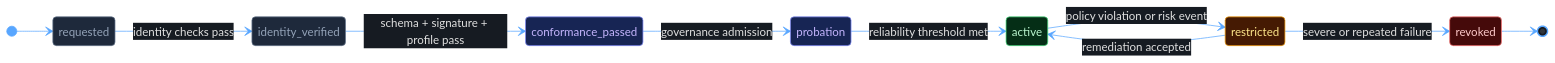
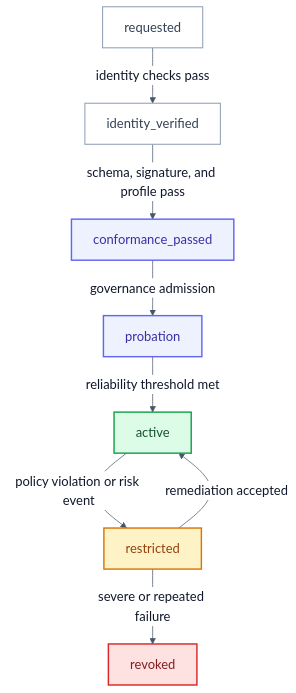
One commit to csehammad/covenant-layer changed the diagram in docs/img/onboarding-states.mmd. Above: the diagram before and after it, drawn with Mermaid. The commit also changed 9 other files, not shown here.

Commit message:
updated diagrams

```diff
--- a/docs/img/onboarding-states.mmd
+++ b/docs/img/onboarding-states.mmd
@@ -1,27 +1,18 @@
-%%{init: {'theme': 'base', 'themeVariables': { 'primaryColor': '#1a1a2e', 'primaryTextColor': '#e0e0e0', 'lineColor': '#58a6ff', 'background': '#0d1117', 'mainBkg': '#161b22', 'nodeBorder': '#30363d', 'edgeLabelBackground': '#161b22'}}}%%
+%%{init: {'theme': 'base', 'themeVariables': { 'background': '#ffffff', 'mainBkg': '#ffffff', 'primaryColor': '#eff6ff', 'primaryTextColor': '#0f172a', 'primaryBorderColor': '#2563eb', 'lineColor': '#475569', 'secondaryColor': '#f8fafc', 'tertiaryColor': '#eef2ff', 'clusterBkg': '#f8fafc', 'titleColor': '#0f172a', 'edgeLabelBackground': '#ffffff', 'fontSize': '18px', 'fontFamily': 'Inter, Arial, sans-serif' }}}%%
 
-stateDiagram-v2
-    direction LR
-    [*] --> requested
-    requested --> identity_verified: identity checks pass
-    identity_verified --> conformance_passed: schema + signature + profile pass
-    conformance_passed --> probation: governance admission
-    probation --> active: reliability threshold met
-    active --> restricted: policy violation or risk event
-    restricted --> active: remediation accepted
-    restricted --> revoked: severe or repeated failure
-    revoked --> [*]
+flowchart TB
+    requested[requested] -->|"identity checks pass"| identity_verified[identity_verified]
+    identity_verified -->|"schema, signature, and profile pass"| conformance_passed[conformance_passed]
+    conformance_passed -->|"governance admission"| probation[probation]
+    probation -->|"reliability threshold met"| active[active]
+    active -->|"policy violation or risk event"| restricted[restricted]
+    restricted -->|"remediation accepted"| active
+    restricted -->|"severe or repeated failure"| revoked[revoked]
 
-    classDef early fill:#1e293b,stroke:#64748b,color:#94a3b8
-    classDef mid fill:#172554,stroke:#818cf8,color:#c4b5fd
-    classDef good fill:#052e16,stroke:#4ade80,color:#bbf7d0
-    classDef warn fill:#451a03,stroke:#f59e0b,color:#fde68a
-    classDef bad fill:#450a0a,stroke:#f87171,color:#fecaca
-
-    class requested early
-    class identity_verified early
-    class conformance_passed mid
-    class probation mid
-    class active good
-    class restricted warn
-    class revoked bad
+    style requested fill:#ffffff,stroke:#94a3b8,color:#334155,stroke-width:1.5px
+    style identity_verified fill:#ffffff,stroke:#94a3b8,color:#334155,stroke-width:1.5px
+    style conformance_passed fill:#eef2ff,stroke:#6366f1,color:#3730a3,stroke-width:2px
+    style probation fill:#eef2ff,stroke:#6366f1,color:#3730a3,stroke-width:2px
+    style active fill:#dcfce7,stroke:#16a34a,color:#14532d,stroke-width:2px
+    style restricted fill:#fef3c7,stroke:#d97706,color:#92400e,stroke-width:2px
+    style revoked fill:#fee2e2,stroke:#dc2626,color:#7f1d1d,stroke-width:2px
```
